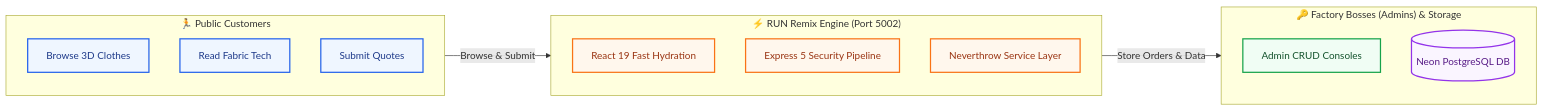
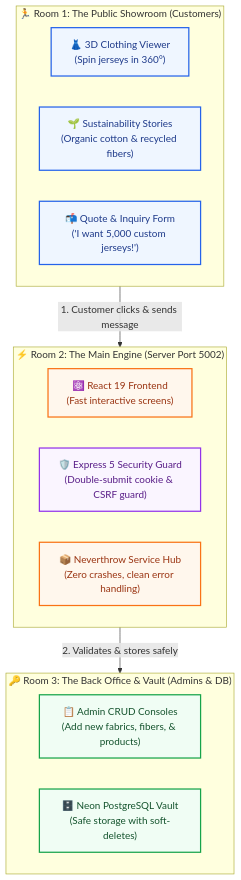
Before and after one commit to hateem2121/RUN: the first of 7 diagrams in docs/reports/E2E_FORENSIC_EXPLAINED_FOR_5TH_GRADERS.md, drawn with Mermaid. The commit also changed other lines of this file, not shown here.

Commit message:
docs: refine 5th-grader illustrated forensic report with 5 diagrams and full scorecard

````diff
--- a/docs/reports/E2E_FORENSIC_EXPLAINED_FOR_5TH_GRADERS.md
+++ b/docs/reports/E2E_FORENSIC_EXPLAINED_FOR_5TH_GRADERS.md
@@ -28,27 +31,27 @@
 ```mermaid
-flowchart LR
-    classDef customer fill:#eff6ff,stroke:#2563eb,stroke-width:2px,color:#1e3a8a;
-    classDef server fill:#fff7ed,stroke:#f97316,stroke-width:2px,color:#9a3412;
-    classDef admin fill:#f0fdf4,stroke:#16a34a,stroke-width:2px,color:#14532d;
-    classDef db fill:#faf5ff,stroke:#9333ea,stroke-width:2px,color:#581c87;
+flowchart TB
+    classDef client fill:#eff6ff,stroke:#2563eb,stroke-width:2px,color:#1e3a8a;
+    classDef engine fill:#fff7ed,stroke:#f97316,stroke-width:2px,color:#9a3412;
+    classDef storage fill:#f0fdf4,stroke:#16a34a,stroke-width:2px,color:#14532d;
+    classDef security fill:#faf5ff,stroke:#9333ea,stroke-width:2px,color:#581c87;
 
-    subgraph FrontDoor["🏃 Public Customers"]
-        C1["Browse 3D Clothes"]:::customer
-        C2["Read Fabric Tech"]:::customer
-        C3["Submit Quotes"]:::customer
+    subgraph Room1["🏃 Room 1: The Public Showroom (Customers)"]
+        A1["👗 3D Clothing Viewer\n(Spin jerseys in 360°)"]:::client
+        A2["🌱 Sustainability Stories\n(Organic cotton & recycled fibers)"]:::client
+        A3["📬 Quote & Inquiry Form\n('I want 5,000 custom jerseys!')"]:::client
     end
 
-    subgraph FactoryEngine["⚡ RUN Remix Engine (Port 5002)"]
-        S1["React 19 Fast Hydration"]:::server
-        S2["Express 5 Security Pipeline"]:::server
-        S3["Neverthrow Service Layer"]:::server
+    subgraph Room2["⚡ Room 2: The Main Engine (Server Port 5002)"]
+        B1["⚛️ React 19 Frontend\n(Fast interactive screens)"]:::engine
+        B2["🛡️ Express 5 Security Guard\n(Double-submit cookie & CSRF guard)"]:::security
+        B3["📦 Neverthrow Service Hub\n(Zero crashes, clean error handling)"]:::engine
     end
 
-    subgraph BackOffice["🔑 Factory Bosses (Admins) & Storage"]
-        A1["Admin CRUD Consoles"]:::admin
-        DB[("Neon PostgreSQL DB")]:::db
+    subgraph Room3["🔑 Room 3: The Back Office & Vault (Admins & DB)"]
+        C1["📋 Admin CRUD Consoles\n(Add new fabrics, fibers, & products)"]:::storage
+        C2["🗄️ Neon PostgreSQL Vault\n(Safe storage with soft-deletes)"]:::storage
     end
 
-    FrontDoor -->|Browse & Submit| FactoryEngine
-    FactoryEngine -->|Store Orders & Data| BackOffice
+    Room1 -->|1. Customer clicks & sends message| Room2
+    Room2 -->|2. Validates & stores safely| Room3
 ```
````
